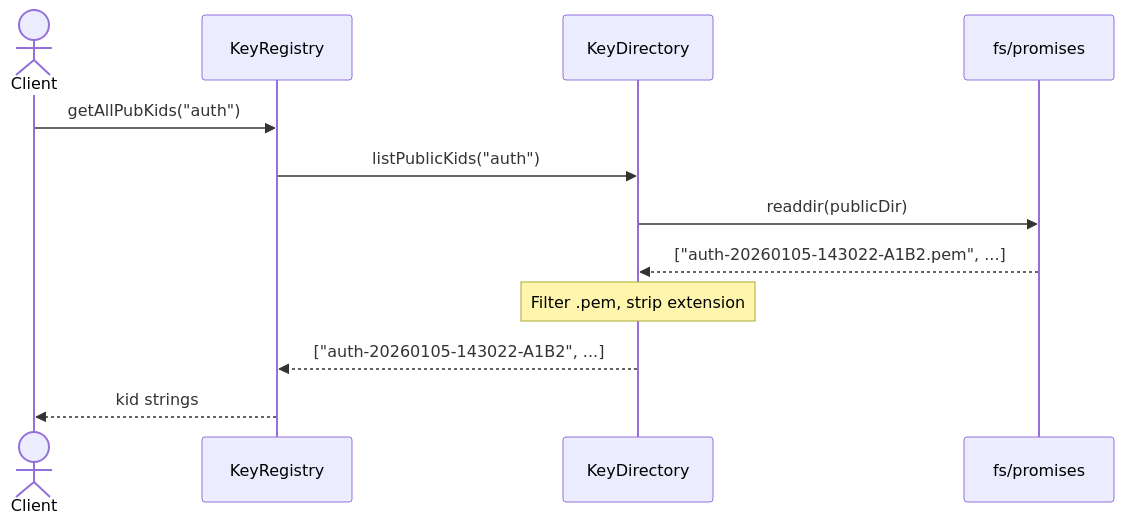
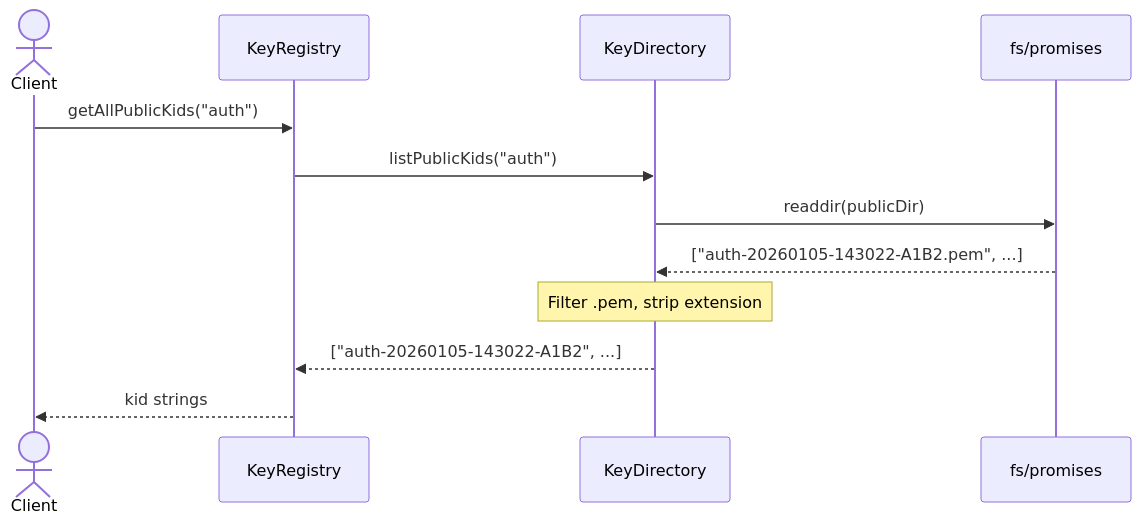
The sixth of 7 diagrams in docs/generated/domain/key-manager/loader/structure.md (itsGurdevSingh/vault), drawn with Mermaid before and after one commit. The commit also changed other lines of this file and 17 other files, not shown here.

````diff
--- a/docs/generated/domain/key-manager/loader/structure.md
+++ b/docs/generated/domain/key-manager/loader/structure.md
@@ -456,18 +456,18 @@
 ```mermaid
 sequenceDiagram
     actor Client
     participant Registry as KeyRegistry
     participant Directory as KeyDirectory
     participant FS as fs/promises
 
-    Client->>Registry: getAllPubKids("auth")
+    Client->>Registry: getAllPublicKids("auth")
     Registry->>Directory: listPublicKids("auth")
 
     Directory->>FS: readdir(publicDir)
     FS-->>Directory: ["auth-20260105-143022-A1B2.pem", ...]
 
     Note over Directory: Filter .pem, strip extension
 
     Directory-->>Registry: ["auth-20260105-143022-A1B2", ...]
     Registry-->>Client: kid strings
 ```
````
